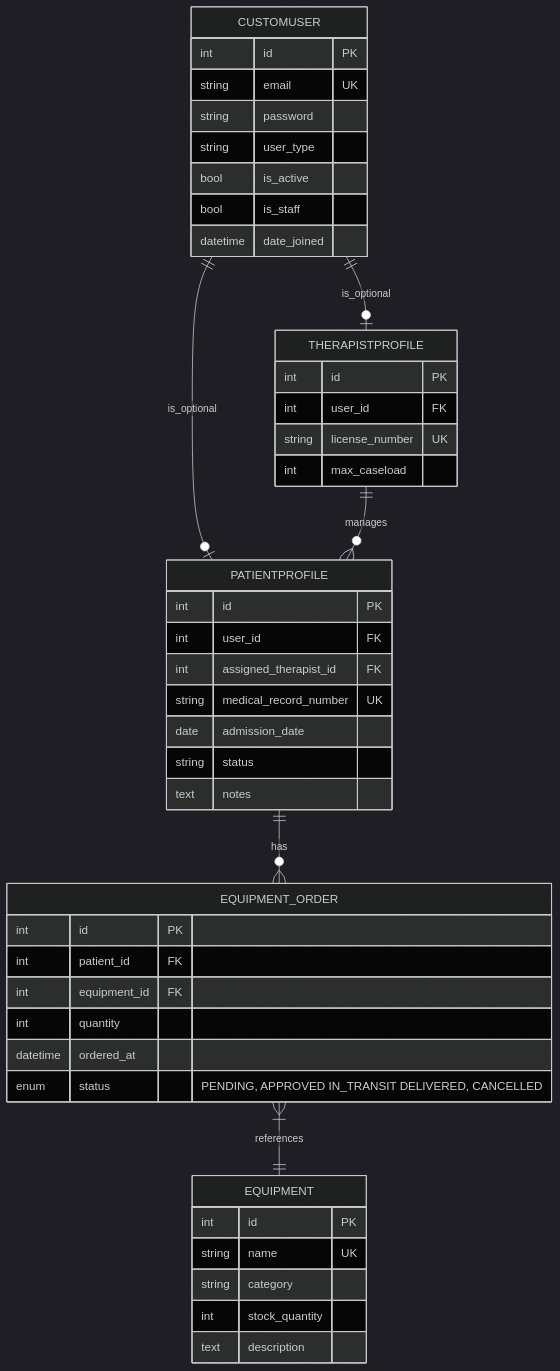
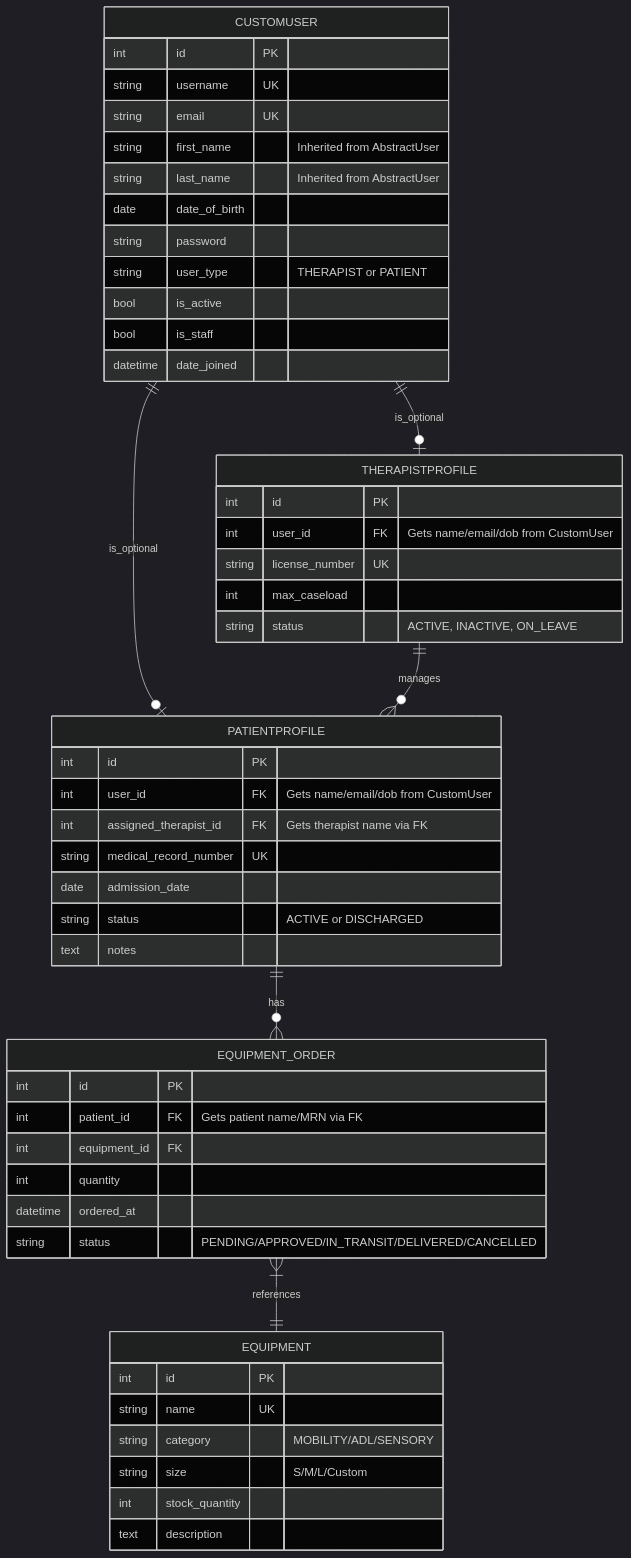
The diagram in docs/erd.md (Alumsdesigns/quiporder), drawn with Mermaid (dark theme) before and after one commit. The commit also changed other lines of this file and 4 other files, not shown here.

Commit message:
docs: add iteration improvements and updated ERD diagrams

````diff
--- a/docs/erd.md
+++ b/docs/erd.md
@@ -1,52 +1,58 @@
 ```mermaid
 erDiagram
     CUSTOMUSER ||--o| THERAPISTPROFILE : is_optional
     CUSTOMUSER ||--o| PATIENTPROFILE : is_optional
     THERAPISTPROFILE ||--o{ PATIENTPROFILE : manages
     PATIENTPROFILE ||--o{ EQUIPMENT_ORDER : has
     EQUIPMENT_ORDER }|--|| EQUIPMENT : references
 
     CUSTOMUSER {
         int id PK
+        string username UK
         string email UK
+        string first_name "Inherited from AbstractUser"
+        string last_name "Inherited from AbstractUser"
+        date date_of_birth 
         string password
-        string user_type
+        string user_type "THERAPIST or PATIENT"
         bool is_active
         bool is_staff
         datetime date_joined
     }
 
     THERAPISTPROFILE {
         int id PK
-        int user_id FK
+        int user_id FK "Gets name/email/dob from CustomUser"
         string license_number UK
         int max_caseload
+        string status "ACTIVE, INACTIVE, ON_LEAVE"
     }
 
     PATIENTPROFILE {
         int id PK
-        int user_id FK
-        int assigned_therapist_id FK
+        int user_id FK "Gets name/email/dob from CustomUser"
+        int assigned_therapist_id FK "Gets therapist name via FK"
         string medical_record_number UK
         date admission_date
-        string status
+        string status "ACTIVE or DISCHARGED"
         text notes
     }
 
     EQUIPMENT_ORDER {
         int id PK
-        int patient_id FK
+        int patient_id FK "Gets patient name/MRN via FK"
         int equipment_id FK
         int quantity
         datetime ordered_at
-        enum status "PENDING, APPROVED  IN_TRANSIT  DELIVERED, CANCELLED"
+        string status "PENDING/APPROVED/IN_TRANSIT/DELIVERED/CANCELLED"
     }
 
     EQUIPMENT {
         int id PK
         string name UK
-        string category
+        string category "MOBILITY/ADL/SENSORY"
+        string size "S/M/L/Custom"
         int stock_quantity
         text description
     }
 ```
````
